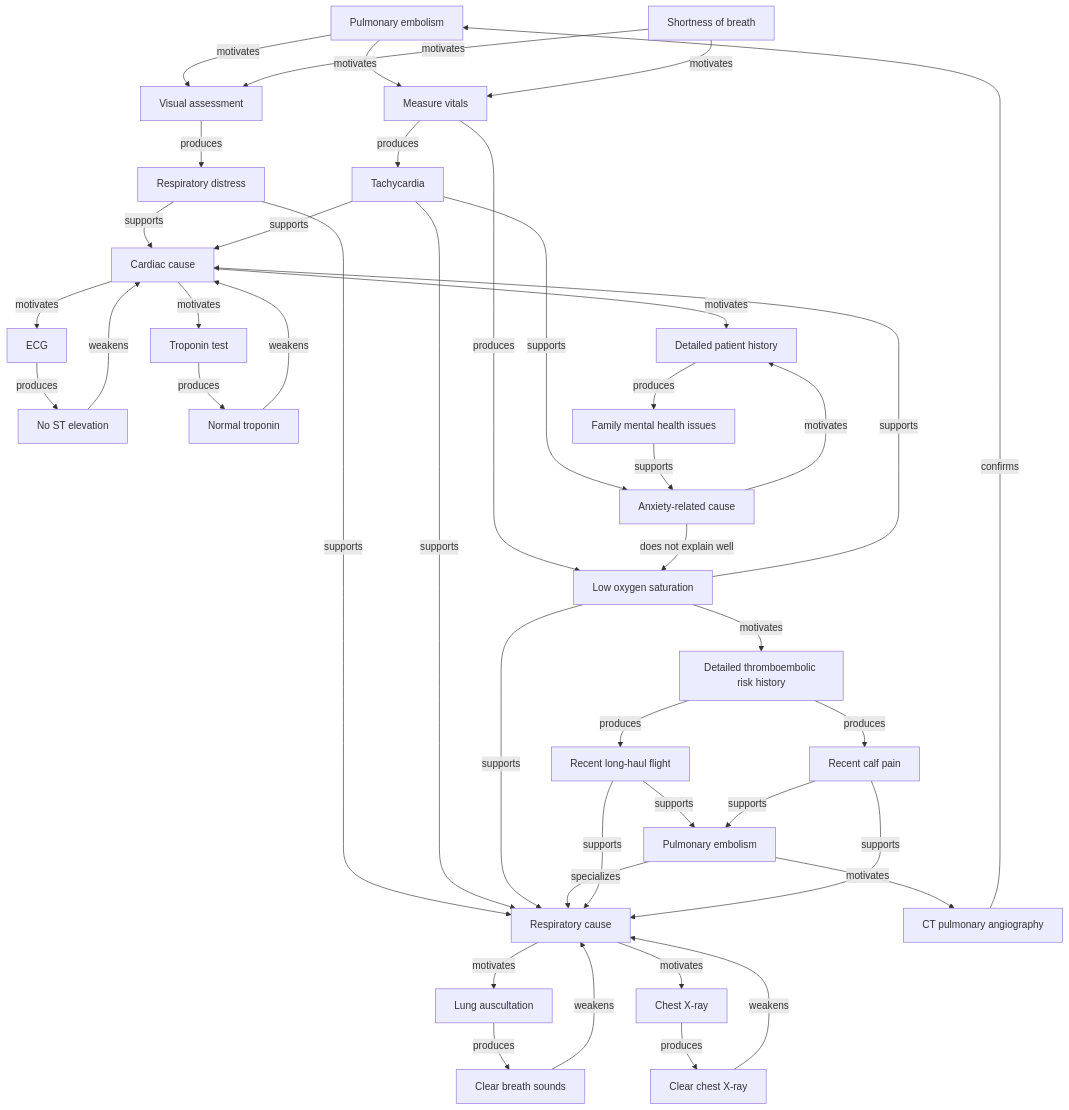
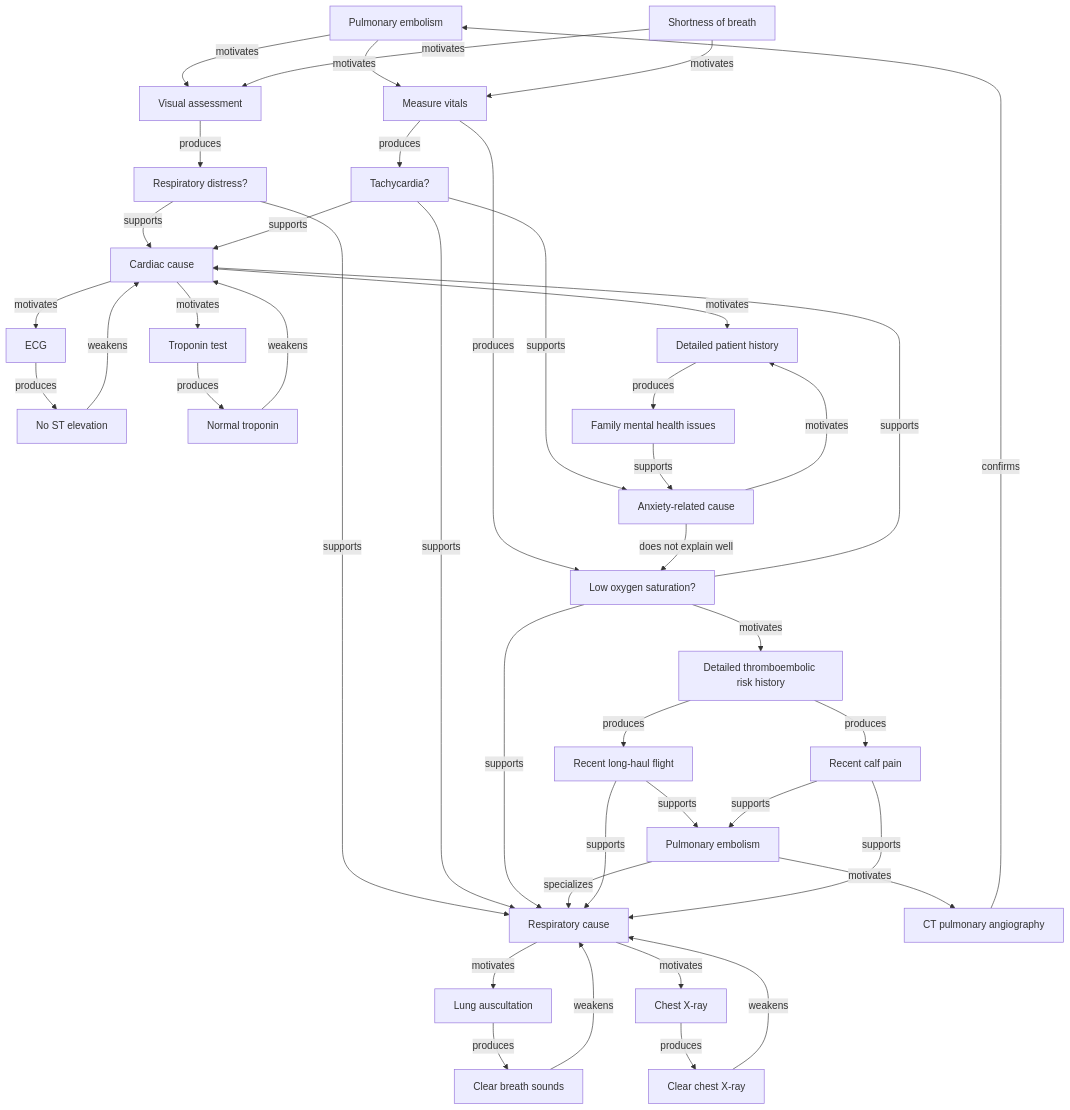
One commit to kahunacohen/why changed the diagram in diagrams/medical.mmd. Above: the diagram before and after it, drawn with Mermaid.

```diff
--- a/diagrams/medical.mmd
+++ b/diagrams/medical.mmd
@@ -1,143 +1,143 @@
 flowchart TD
 
 %% =====================================================
 %% Initial presentation
 %% =====================================================
 
 C1["Chest pain"]
 C2["Shortness of breath"]
 
 %% =====================================================
 %% Initial investigation
 %% =====================================================
 
 A1["Visual assessment"]
 A2["Measure vitals"]
 
 C1 -->|motivates| A1
 C2 -->|motivates| A1
 
 C1 -->|motivates| A2
 C2 -->|motivates| A2
 
 %% =====================================================
 %% Initial observations
 %% =====================================================
 
-O1["Respiratory distress"]
-O2["Tachycardia"]
-O3["Low oxygen saturation"]
+O1["Respiratory distress?"]
+O2["Tachycardia?"]
+O3["Low oxygen saturation?"]
 
 A1 -->|produces| O1
 
 A2 -->|produces| O2
 A2 -->|produces| O3
 
 %% =====================================================
 %% Initial hypotheses
 %% =====================================================
 
 H1["Respiratory cause"]
 H2["Cardiac cause"]
 H3["Anxiety-related cause"]
 
 O1 -->|supports| H1
 O1 -->|supports| H2
 
 O2 -->|supports| H1
 O2 -->|supports| H2
 O2 -->|supports| H3
 
 O3 -->|supports| H1
 O3 -->|supports| H2
 
 %% =====================================================
 %% Follow-up actions
 %% =====================================================
 
 A3["ECG"]
 A4["Troponin test"]
 
 A5["Lung auscultation"]
 A6["Chest X-ray"]
 
 A7["Detailed patient history"]
 
 H2 -->|motivates| A3
 H2 -->|motivates| A4
 
 H1 -->|motivates| A5
 H1 -->|motivates| A6
 
 H2 -->|motivates| A7
 H3 -->|motivates| A7
 
 %% =====================================================
 %% Follow-up observations
 %% =====================================================
 
 O4["No ST elevation"]
 O6["Normal troponin"]
 
 O7["Clear chest X-ray"]
 O8["Clear breath sounds"]
 
 O5["Family mental health issues"]
 
 A3 -->|produces| O4
 A4 -->|produces| O6
 
 A6 -->|produces| O7
 A5 -->|produces| O8
 
 A7 -->|produces| O5
 
 %% =====================================================
 %% Evidence updates hypotheses
 %% =====================================================
 
 O4 -->|weakens| H2
 O6 -->|weakens| H2
 
 O7 -->|weakens| H1
 O8 -->|weakens| H1
 
 O5 -->|supports| H3
 
 %% =====================================================
 %% Unexplained low oxygen saturation
 %% =====================================================
 
 A8["Detailed thromboembolic risk history"]
 
 H3 -->|does not explain well| O3
 O3 -->|motivates| A8
 
 %% =====================================================
 %% Additional risk-factor observations
 %% =====================================================
 
 O9["Recent long-haul flight"]
 O10["Recent calf pain"]
 
 A8 -->|produces| O9
 A8 -->|produces| O10
 
 %% =====================================================
 %% Refined hypothesis
 %% =====================================================
 
 H4["Pulmonary embolism"]
 
 H4 -->|specializes| H1
 
 O9 -->|supports| H1
 O10 -->|supports| H1
 
 O9 -->|supports| H4
 O10 -->|supports| H4
 A9["CT pulmonary angiography"]
 H4 --> |motivates| A9
 
 C1["Pulmonary embolism"]
 A9 --> |confirms| C1
```
